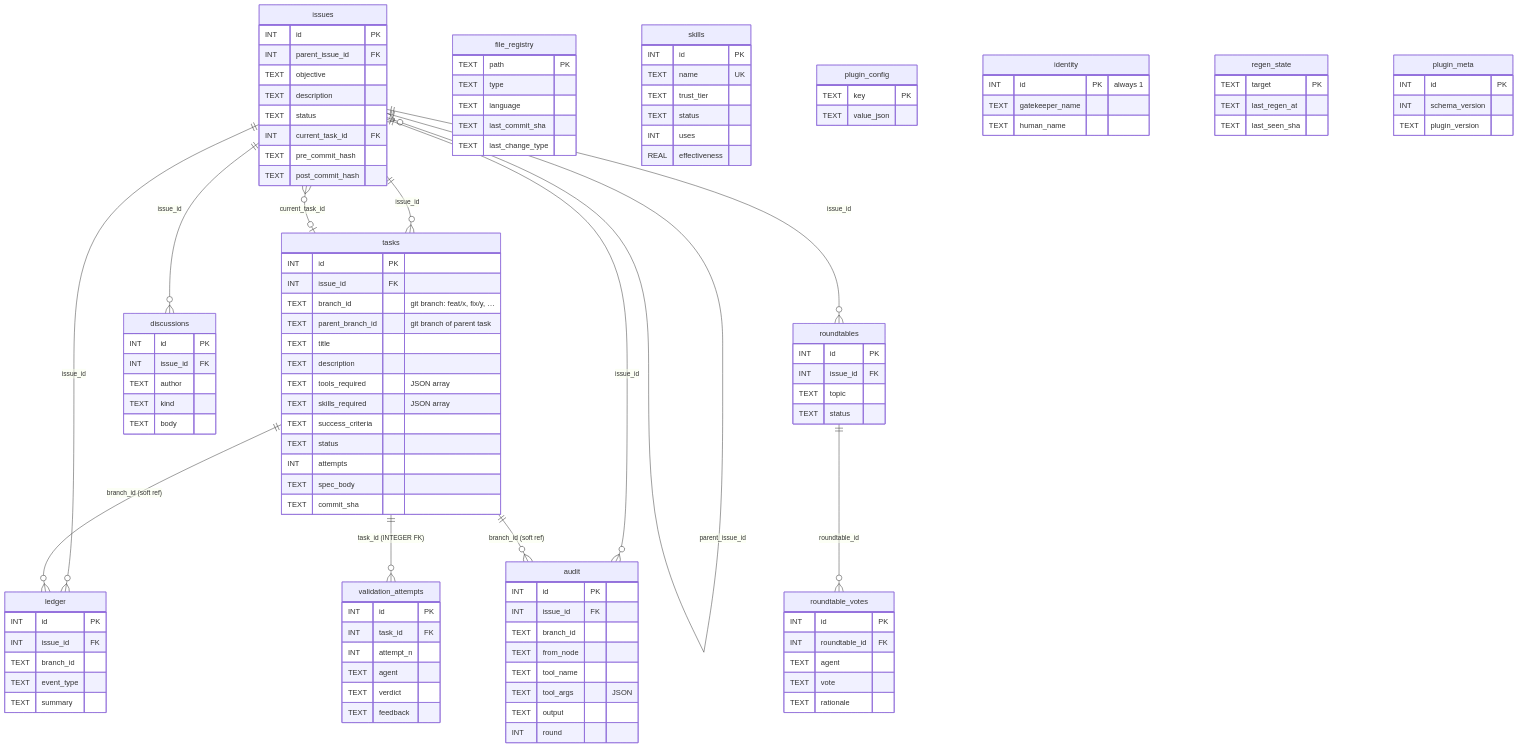
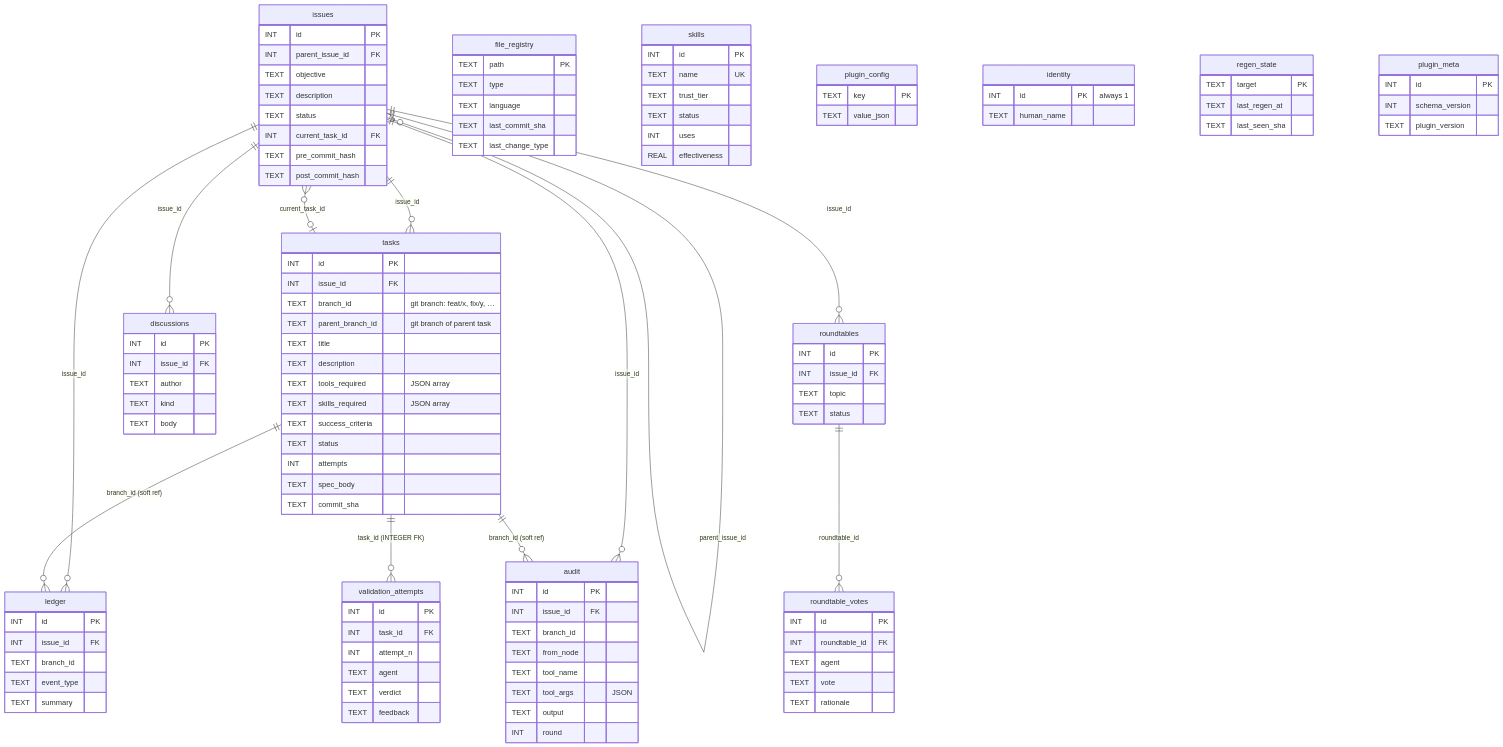
Before and after one commit to trustmybot/plugin: the diagram in docs/architecture/ERD.md, drawn with Mermaid. The commit also changed other lines of this file and 39 other files, not shown here.

First line of the commit message:
🏛️ rename: gatekeeper → bro everywhere, drop bro_name column

```diff
--- a/docs/architecture/ERD.md
+++ b/docs/architecture/ERD.md
@@ -53,7 +53,6 @@
 
     identity {
         INT  id PK "always 1"
-        TEXT gatekeeper_name
         TEXT human_name
     }
 
```
